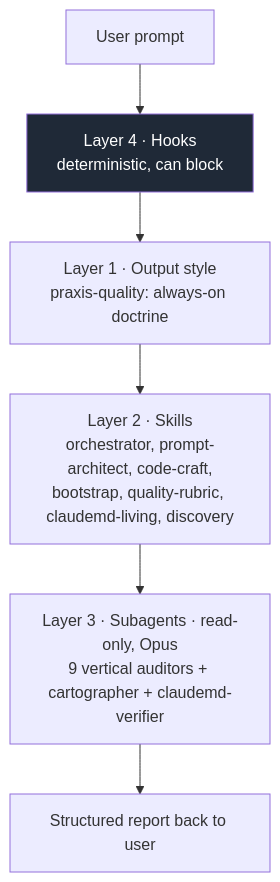
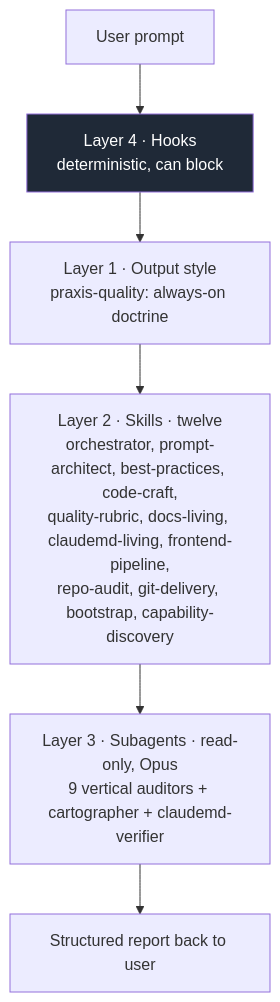
The first of 5 diagrams in docs/FLOWS.md (Ohswedd/praxis), drawn with Mermaid before and after one commit. The commit also changed other lines of this file and 107 other files, not shown here.

````diff
--- a/docs/FLOWS.md
+++ b/docs/FLOWS.md
@@ -13,11 +13,11 @@
 ```mermaid
 flowchart TB
     U["User prompt"] --> H1["Layer 4 · Hooks<br/>deterministic, can block"]
     H1 --> OS["Layer 1 · Output style<br/>praxis-quality: always-on doctrine"]
-    OS --> SK["Layer 2 · Skills<br/>orchestrator, prompt-architect, code-craft,<br/>bootstrap, quality-rubric, claudemd-living, discovery"]
+    OS --> SK["Layer 2 · Skills · twelve<br/>orchestrator, prompt-architect, best-practices, code-craft,<br/>quality-rubric, docs-living, claudemd-living, frontend-pipeline,<br/>repo-audit, git-delivery, bootstrap, capability-discovery"]
     SK --> AG["Layer 3 · Subagents · read-only, Opus<br/>9 vertical auditors + cartographer + claudemd-verifier"]
     AG --> OUT["Structured report back to user"]
 
     classDef det fill:#1f2937,color:#fff;
     class H1 det;
 ```
````
